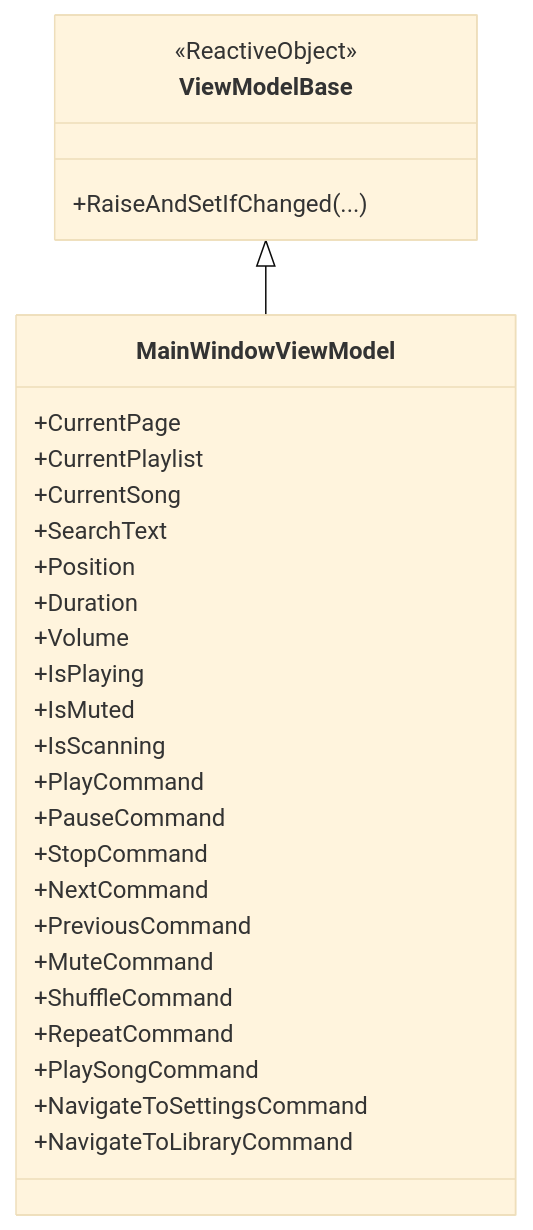
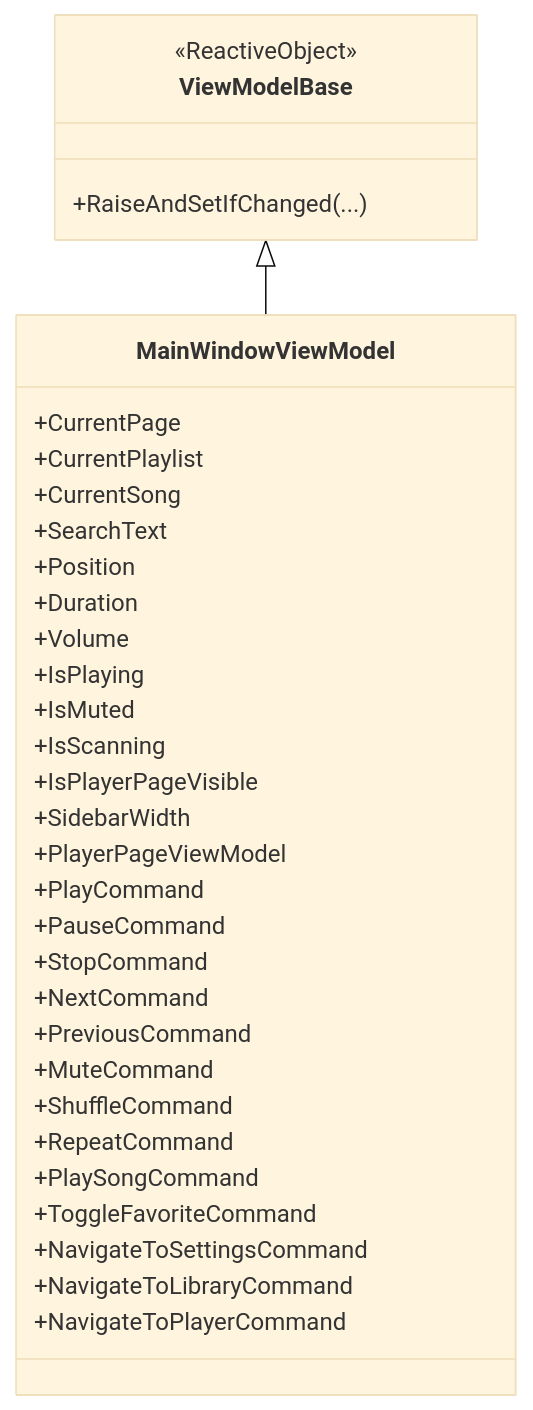
One commit to mariamjensen42-glitch/LocalMusicPlayer changed the seventh of 10 diagrams in .qoder/repowiki/zh/content/视图模型层/主窗口视图模型.md. Above: the diagram before and after it, drawn with Mermaid (base theme). The commit also changed other lines of this file and 23 other files, not shown here.

````diff
--- a/.qoder/repowiki/zh/content/视图模型层/主窗口视图模型.md
+++ b/.qoder/repowiki/zh/content/视图模型层/主窗口视图模型.md
@@ -285,31 +320,36 @@
 ```mermaid
 classDiagram
 class ViewModelBase {
 <<ReactiveObject>>
 +RaiseAndSetIfChanged(...)
 }
 class MainWindowViewModel {
 +CurrentPage
 +CurrentPlaylist
 +CurrentSong
 +SearchText
 +Position
 +Duration
 +Volume
 +IsPlaying
 +IsMuted
 +IsScanning
++IsPlayerPageVisible
++SidebarWidth
++PlayerPageViewModel
 +PlayCommand
 +PauseCommand
 +StopCommand
 +NextCommand
 +PreviousCommand
 +MuteCommand
 +ShuffleCommand
 +RepeatCommand
 +PlaySongCommand
++ToggleFavoriteCommand
 +NavigateToSettingsCommand
 +NavigateToLibraryCommand
++NavigateToPlayerCommand
 }
 ViewModelBase <|-- MainWindowViewModel
 ```
````
